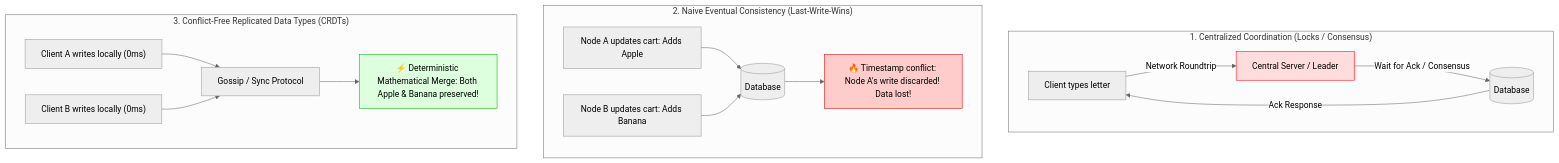
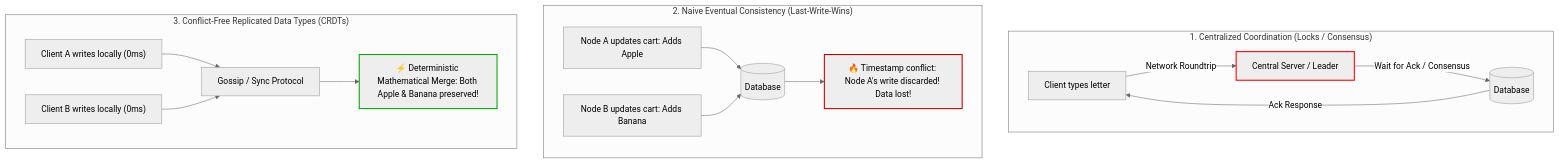
Before and after one commit to abhinnaagrawal/system-design-notes: the first of 8 diagrams in Core Concepts/CRDTs/README.md, drawn with Mermaid (neutral theme). The commit also changed other lines of this file and 62 other files, not shown here.

````diff
--- a/Core Concepts/CRDTs/README.md
+++ b/Core Concepts/CRDTs/README.md
@@ -17,23 +17,23 @@
 ```mermaid
 flowchart TD
     subgraph Centralized["1. Centralized Coordination (Locks / Consensus)"]
         C1["Client types letter"] -->|Network Roundtrip| Serv["Central Server / Leader"]
         Serv -->|Wait for Ack / Consensus| DB[(Database)]
         DB -->|Ack Response| C1
-        style Serv fill:#ffdddd,stroke:#ff0000
+        style Serv stroke:#ff0000,stroke-width:2px
     end
 
     subgraph LWW["2. Naive Eventual Consistency (Last-Write-Wins)"]
         L1["Node A updates cart: Adds Apple"] --> Storage[(Database)]
         L2["Node B updates cart: Adds Banana"] --> Storage
         Storage --> Drop["🔥 Timestamp conflict: Node A's write discarded! Data lost!"]
-        style Drop fill:#ffcccc,stroke:#cc0000
+        style Drop stroke:#cc0000,stroke-width:2px
     end
 
     subgraph CRDT["3. Conflict-Free Replicated Data Types (CRDTs)"]
         CR1["Client A writes locally (0ms)"] --> Sync["Gossip / Sync Protocol"]
         CR2["Client B writes locally (0ms)"] --> Sync
         Sync --> Converge["⚡ Deterministic Mathematical Merge: Both Apple & Banana preserved!"]
-        style Converge fill:#ddffdd,stroke:#00aa00
+        style Converge stroke:#00aa00,stroke-width:2px
     end
 ```
````
